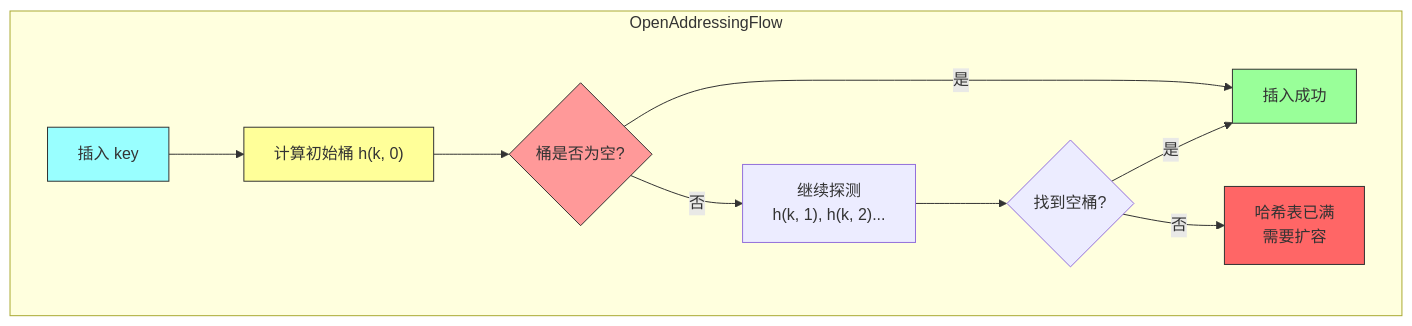
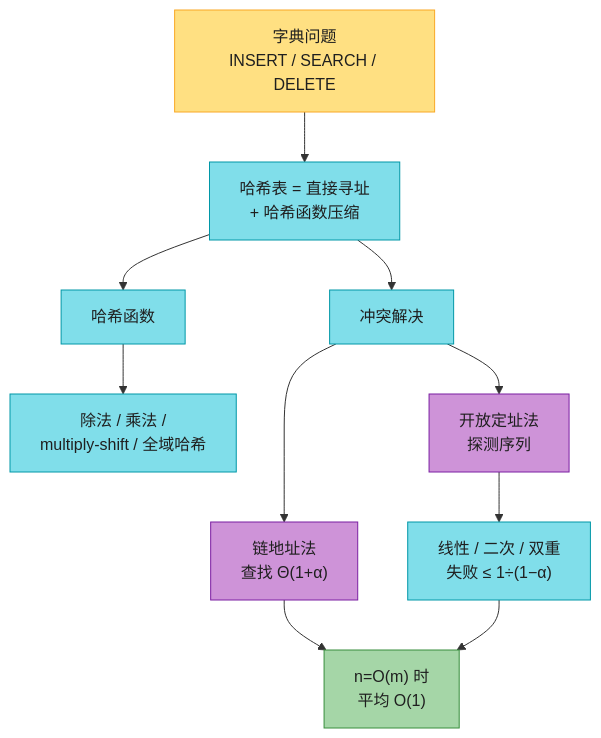
Before and after one commit to socoo123/book_reading: the fourth of 4 diagrams in IntroductionToAlgorithms/Chapter11_哈希表_深度版.md, drawn with Mermaid. The commit also changed other lines of this file and 30 other files, not shown here.

````diff
--- a/IntroductionToAlgorithms/Chapter11_哈希表_深度版.md
+++ b/IntroductionToAlgorithms/Chapter11_哈希表_深度版.md
@@ -1682,18 +896,22 @@
 ```mermaid
 flowchart TD
-    subgraph OpenAddressingFlow
-    A["插入 key"] --> B["计算初始桶 h(k, 0)"]
-    B --> C{"桶是否为空?"}
-    C -->|是| D["插入成功"]
-    C -->|否| E["继续探测<br/>h(k, 1), h(k, 2)..."]
-    E --> F{"找到空桶?"}
-    F -->|是| D
-    F -->|否| G["哈希表已满<br/>需要扩容"]
-    end
+    A["字典问题<br/>INSERT / SEARCH / DELETE"] --> B["哈希表 = 直接寻址<br/>+ 哈希函数压缩"]
+    B --> C["哈希函数"]
+    B --> D["冲突解决"]
+    C --> E["除法 / 乘法 /<br/>multiply-shift / 全域哈希"]
+    D --> F["链地址法<br/>查找 Θ(1+α)"]
+    D --> G["开放定址法<br/>探测序列"]
+    G --> H["线性 / 二次 / 双重<br/>失败 ≤ 1÷(1−α)"]
+    F --> I["n=O(m) 时<br/>平均 O(1)"]
+    H --> I
 
-    style A fill:#9ff,stroke:#333
-    style B fill:#ff9,stroke:#333
-    style C fill:#f99,stroke:#333
-    style D fill:#9f9,stroke:#333
-    style G fill:#f66,stroke:#333
+    classDef start fill:#FFE082,stroke:#F9A825,color:#1f1f1f
+    classDef proc fill:#80DEEA,stroke:#0097A7,color:#1f1f1f
+    classDef key fill:#CE93D8,stroke:#7B1FA2,color:#1f1f1f
+    classDef good fill:#A5D6A7,stroke:#388E3C,color:#1f1f1f
+    class A start
+    class B,C,D proc
+    class F,G key
+    class E,H proc
+    class I good
 ```
````
